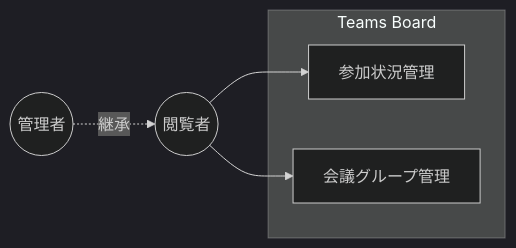
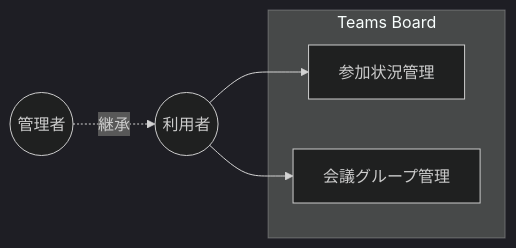
Before and after one commit to nuitsjp/teams-board: the first of 3 diagrams in docs/index.md, drawn with Mermaid (dark theme). The commit also changed other lines of this file and 9 other files, not shown here.

First line of the commit message:
Docs/architecture complete description (#48)

````diff
--- a/docs/index.md
+++ b/docs/index.md
@@ -58,14 +25,14 @@
 ```mermaid
 graph LR
     管理者((管理者))
-    閲覧者((閲覧者))
+    利用者((利用者))
 
     subgraph Teams Board
         UC1[参加状況管理]
         UC2[会議グループ管理]
     end
 
-    管理者 -.->|継承| 閲覧者
-    閲覧者 --> UC1
-    閲覧者 --> UC2
+    管理者 -.->|継承| 利用者
+    利用者 --> UC1
+    利用者 --> UC2
 ```
````
